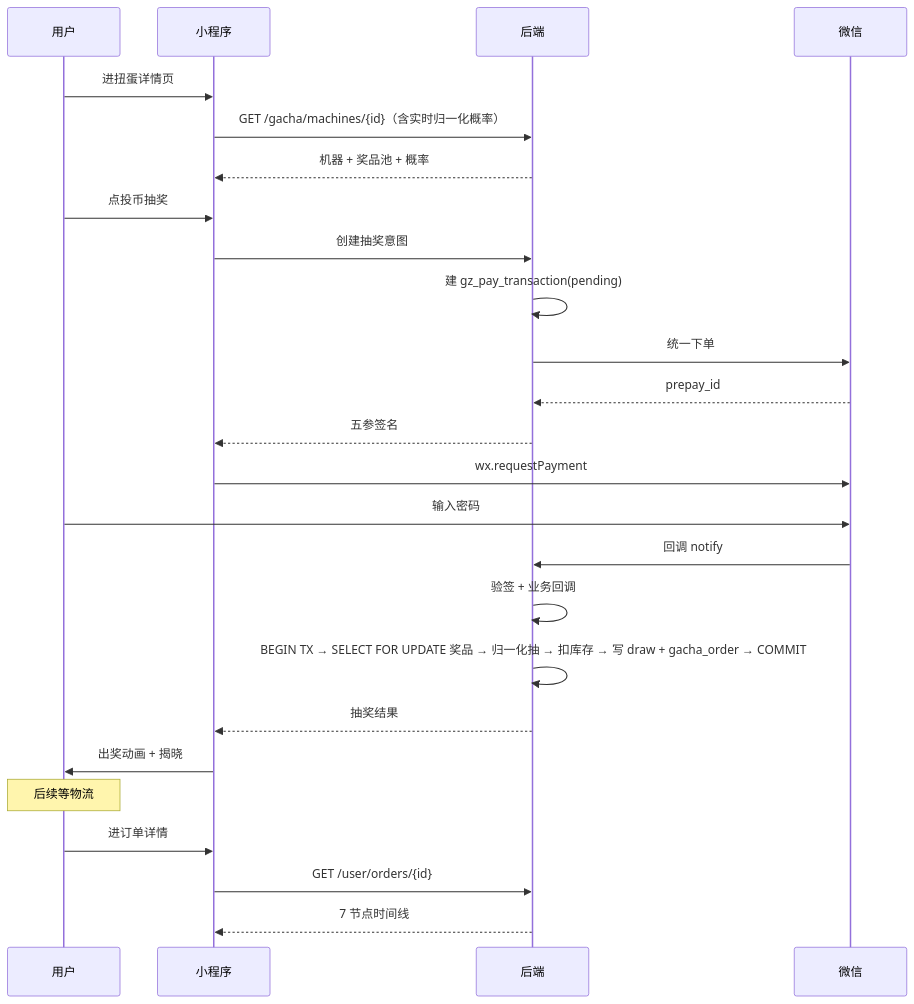
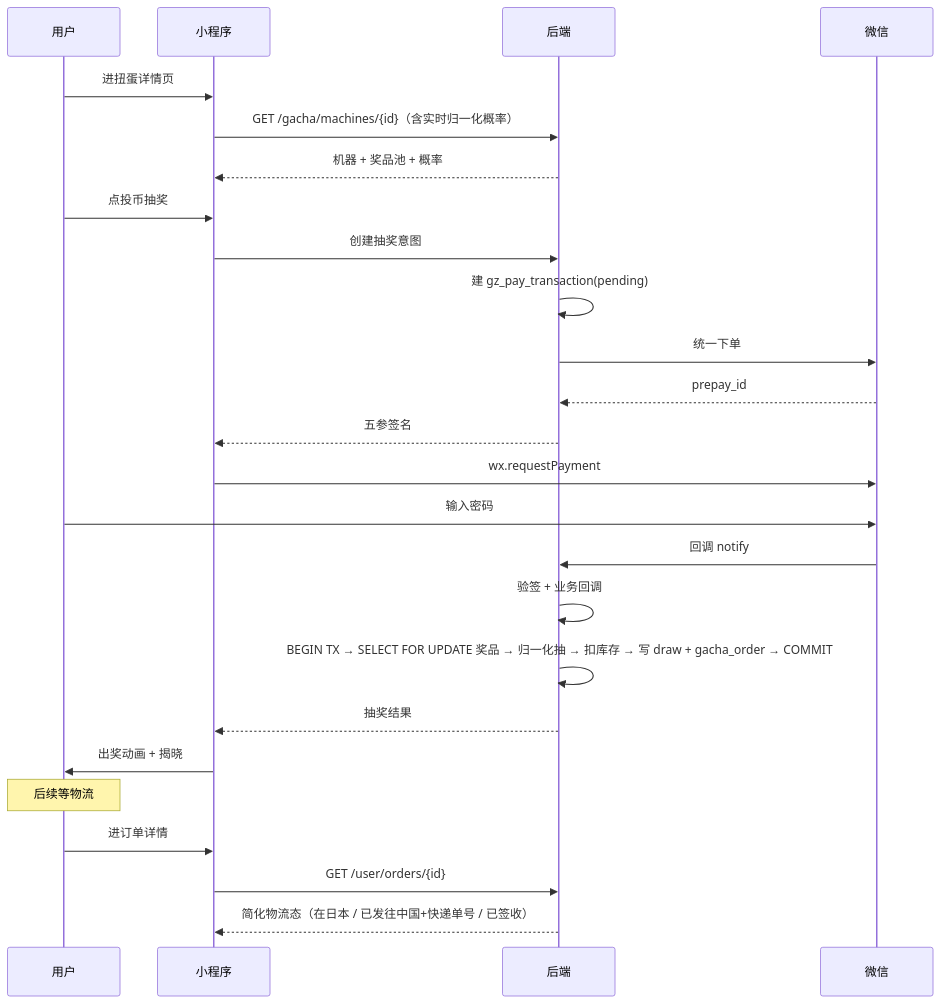
One commit to sengsengran-guzi/doc changed diagram 12 of 12 in 10-业务流权威图.md. Above: the diagram before and after it, drawn with Mermaid. The commit also changed other lines of this file and 108 other files, not shown here.

````diff
--- a/10-业务流权威图.md
+++ b/10-业务流权威图.md
@@ -1208,29 +1201,29 @@
 ```mermaid
 sequenceDiagram
     participant U as 用户
     participant mp as 小程序
     participant be as 后端
     participant W as 微信
 
     U->>mp: 进扭蛋详情页
     mp->>be: GET /gacha/machines/{id}（含实时归一化概率）
     be-->>mp: 机器 + 奖品池 + 概率
     U->>mp: 点投币抽奖
     mp->>be: 创建抽奖意图
     be->>be: 建 gz_pay_transaction(pending)
     be->>W: 统一下单
     W-->>be: prepay_id
     be-->>mp: 五参签名
     mp->>W: wx.requestPayment
     U->>W: 输入密码
     W->>be: 回调 notify
     be->>be: 验签 + 业务回调
     be->>be: BEGIN TX → SELECT FOR UPDATE 奖品 → 归一化抽 → 扣库存 → 写 draw + gacha_order → COMMIT
     be-->>mp: 抽奖结果
     mp->>U: 出奖动画 + 揭晓
     
     Note over U: 后续等物流
     U->>mp: 进订单详情
     mp->>be: GET /user/orders/{id}
-    be-->>mp: 7 节点时间线
+    be-->>mp: 简化物流态（在日本 / 已发往中国+快递单号 / 已签收）
 ```
````
